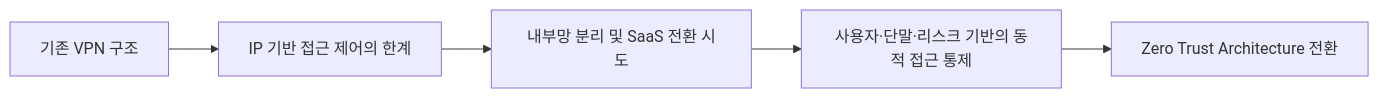
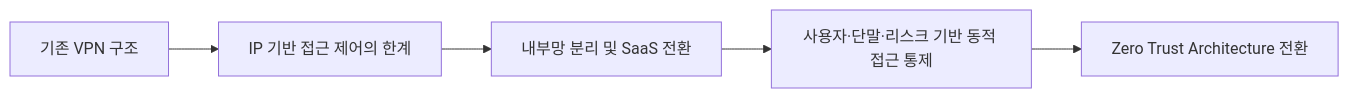
Before and after one commit to qubitsec/blog: the diagram in content/ko/column/why_sslvpn_always_fails.md, drawn with Mermaid. The commit also changed other lines of this file, not shown here.

````diff
--- a/content/ko/column/why_sslvpn_always_fails.md
+++ b/content/ko/column/why_sslvpn_always_fails.md
@@ -173,7 +221,7 @@
 ```mermaid
 graph LR
 A[기존 VPN 구조] --> B[IP 기반 접근 제어의 한계]
-B --> C[내부망 분리 및 SaaS 전환 시도]
-C --> D[사용자·단말·리스크 기반의 동적 접근 통제]
+B --> C[내부망 분리 및 SaaS 전환]
+C --> D[사용자·단말·리스크 기반 동적 접근 통제]
 D --> E[Zero Trust Architecture 전환]
 ```
````
